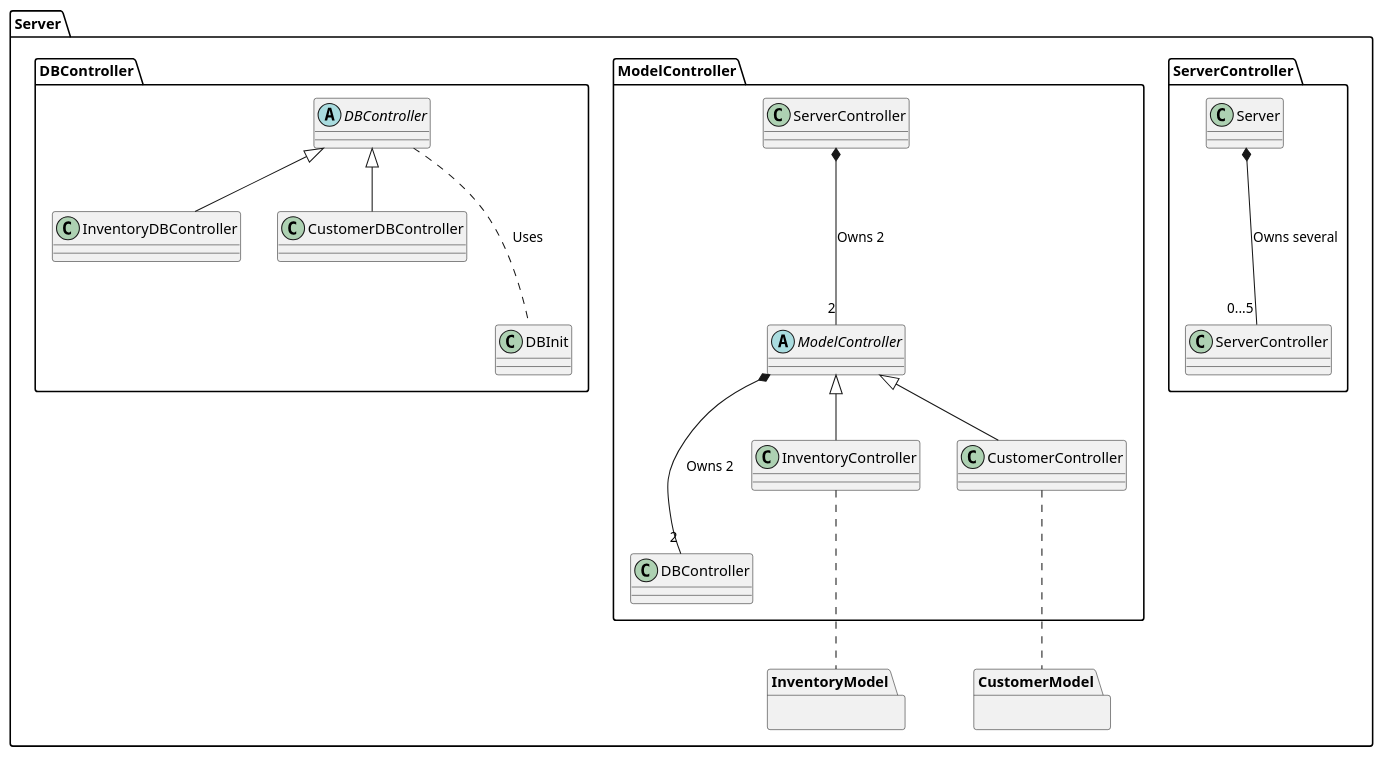
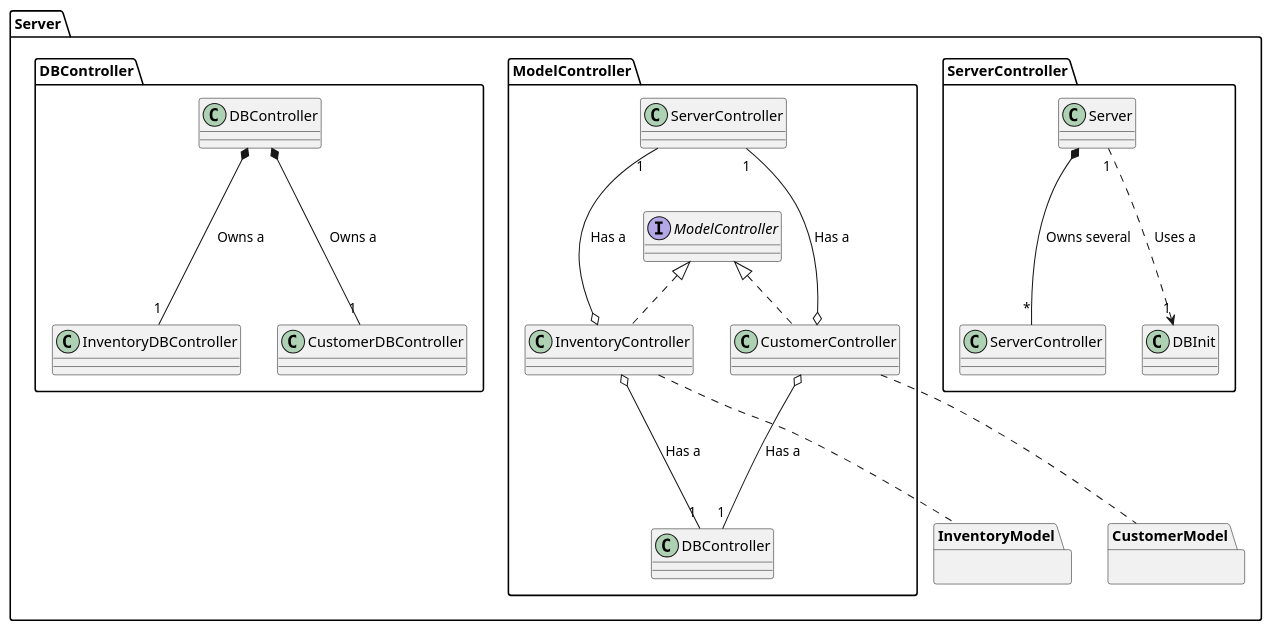
The diagram in UML Models/ServerPackage.md (mklasby/MVC-Distributed-Inventory-Management), drawn with PlantUML before and after one commit. The commit also changed other lines of this file and 2 other files, not shown here.

Commit message:
uml progres

```diff
--- a/UML Models/ServerPackage.md
+++ b/UML Models/ServerPackage.md
@@ -1,65 +1,71 @@
 @startuml
 
 package Server{
     package ServerController{
         class Server{
 
         }
         class ServerController{
 
         }
-        Server *--- "0...5" ServerController: Owns several
+
+        class DBInit{
+
+        }
+
+        Server *--- "*" ServerController: Owns several
+        Server "1" ...> "1" DBInit: Uses a
     }
     
     package ModelController{
-        abstract class ModelController{
+        interface ModelController{
 
         }
-        class InventoryController extends ModelController{
+        class InventoryController implements ModelController{
 
         }
-        class CustomerController extends ModelController{
+        class CustomerController implements ModelController{
 
         }
 
-        ServerController *--- "2" ModelController: Owns 2
-        ModelController *--- "2" DBController: Owns 2
+        ServerController "1" ---o InventoryController: Has a
+        ServerController "1 "---o CustomerController: Has a
+        InventoryController o--- "1" DBController: Has a
+        CustomerController o--- "1" DBController: Has a
     }
 
     package InventoryModel{
 
     }
 
     package CustomerModel{
 
     }
 
     package DBController{
 
-        abstract class DBController{
+        class DBController{
 
         }
 
-        class InventoryDBController extends DBController{
+        class InventoryDBController{
 
         }
 
-        class CustomerDBController extends DBController{
+        class CustomerDBController{
 
         }
 
-        class DBInit{
 
-        }
-
-        DBController ... DBInit: Uses
+        DBController *--- "1" InventoryDBController: Owns a
+        DBController *--- "1" CustomerDBController: Owns a
 
     }
 
     InventoryController ... InventoryModel
     CustomerController ... CustomerModel
 }
 
 
 
 @enduml
```
